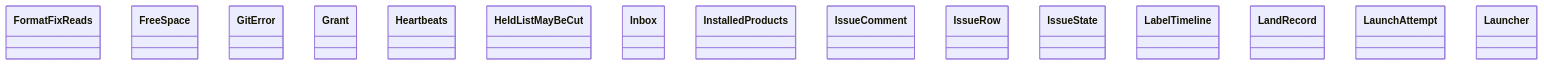
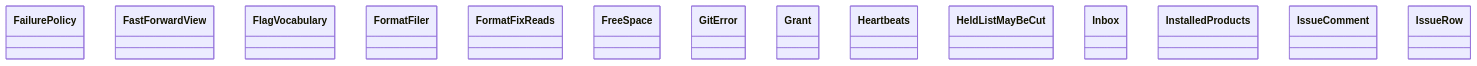
Before and after one commit to GonzaloZevallos/agentic-system: the diagram in docs/architecture/generated/classes-process-application-support-3.md, drawn with Mermaid. The commit also changed other lines of this file and 20 other files, not shown here.

Commit message:
Regenerate the architecture docs for the notifier ports and FilesystemNotified

````diff
--- a/docs/architecture/generated/classes-process-application-support-3.md
+++ b/docs/architecture/generated/classes-process-application-support-3.md
@@ -20,18 +21,17 @@
 ```mermaid
 classDiagram
+    class ports__FailurePolicy["FailurePolicy"]
+    class ports__FastForwardView["FastForwardView"]
+    class ports__FlagVocabulary["FlagVocabulary"]
+    class ports__FormatFiler["FormatFiler"]
     class ports__FormatFixReads["FormatFixReads"]
     class ports__FreeSpace["FreeSpace"]
     class ports__GitError["GitError"]
     class ports__Grant["Grant"]
     class ports__Heartbeats["Heartbeats"]
     class ports__HeldListMayBeCut["HeldListMayBeCut"]
     class ports__Inbox["Inbox"]
     class ports__InstalledProducts["InstalledProducts"]
     class ports__IssueComment["IssueComment"]
     class ports__IssueRow["IssueRow"]
-    class ports__IssueState["IssueState"]
-    class ports__LabelTimeline["LabelTimeline"]
-    class ports__LandRecord["LandRecord"]
-    class ports__LaunchAttempt["LaunchAttempt"]
-    class ports__Launcher["Launcher"]
 ```
````
